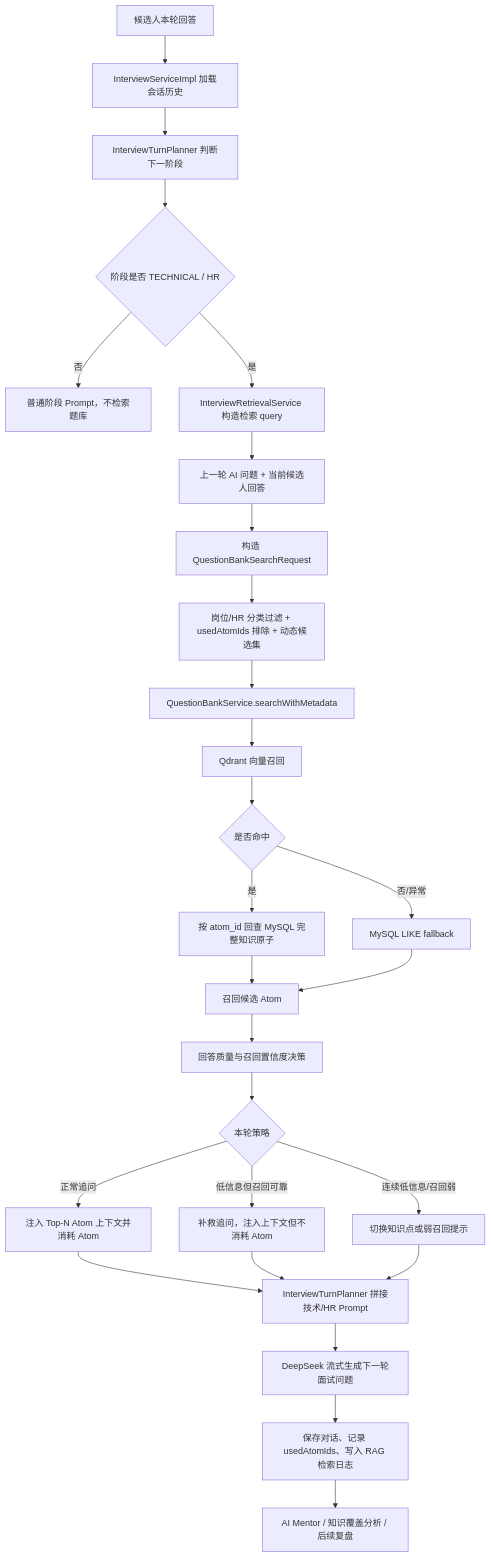
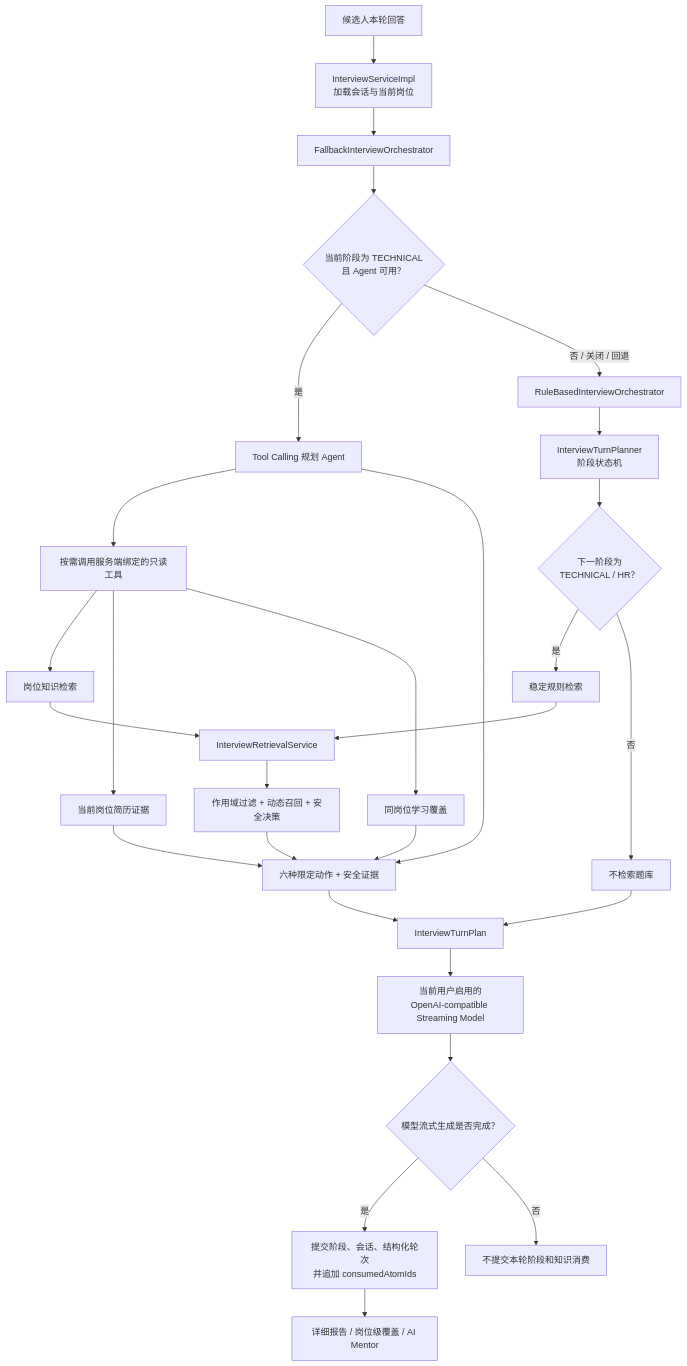
The first of 3 diagrams in docs/rag-chain-summary.md (nzy0510/AI-Interview), drawn with Mermaid before and after one commit. The commit also changed other lines of this file and 6 other files, not shown here.

Commit message:
docs: align RAG architecture and add editable diagram sources

````diff
--- a/docs/rag-chain-summary.md
+++ b/docs/rag-chain-summary.md
@@ -11,29 +13,33 @@
 ```mermaid
 flowchart TD
-    A["候选人本轮回答"] --> B["InterviewServiceImpl 加载会话历史"]
-    B --> C["InterviewTurnPlanner 判断下一阶段"]
-    C --> D{"阶段是否 TECHNICAL / HR"}
-    D -- "否" --> P["普通阶段 Prompt，不检索题库"]
-    D -- "是" --> E["InterviewRetrievalService 构造检索 query"]
-    E --> F["上一轮 AI 问题 + 当前候选人回答"]
-    F --> G["构造 QuestionBankSearchRequest"]
-    G --> H["岗位/HR 分类过滤 + usedAtomIds 排除 + 动态候选集"]
-    H --> I["QuestionBankService.searchWithMetadata"]
-    I --> J["Qdrant 向量召回"]
-    J --> K{"是否命中"}
-    K -- "是" --> L["按 atom_id 回查 MySQL 完整知识原子"]
-    K -- "否/异常" --> M["MySQL LIKE fallback"]
-    L --> N["召回候选 Atom"]
-    M --> N
-    N --> O["回答质量与召回置信度决策"]
-    O --> Q{"本轮策略"}
-    Q -- "正常追问" --> R["注入 Top-N Atom 上下文并消耗 Atom"]
-    Q -- "低信息但召回可靠" --> S["补救追问，注入上下文但不消耗 Atom"]
-    Q -- "连续低信息/召回弱" --> T["切换知识点或弱召回提示"]
-    R --> U["InterviewTurnPlanner 拼接技术/HR Prompt"]
-    S --> U
-    T --> U
-    U --> V["DeepSeek 流式生成下一轮面试问题"]
-    V --> W["保存对话、记录 usedAtomIds、写入 RAG 检索日志"]
-    W --> X["AI Mentor / 知识覆盖分析 / 后续复盘"]
+    A["候选人本轮回答"] --> B["InterviewServiceImpl<br/>加载会话与当前岗位"]
+    B --> C["FallbackInterviewOrchestrator"]
+    C --> D{"当前阶段为 TECHNICAL<br/>且 Agent 可用？"}
+
+    D -- "是" --> E["Tool Calling 规划 Agent"]
+    E --> F["按需调用服务端绑定的只读工具"]
+    F --> F1["岗位知识检索"]
+    F --> F2["当前岗位简历证据"]
+    F --> F3["同岗位学习覆盖"]
+    F2 --> G
+    F3 --> G
+    E --> G["六种限定动作 + 安全证据"]
+
+    D -- "否 / 关闭 / 回退" --> H["RuleBasedInterviewOrchestrator"]
+    H --> I["InterviewTurnPlanner<br/>阶段状态机"]
+    I --> J{"下一阶段为<br/>TECHNICAL / HR？"}
+    J -- "是" --> K["稳定规则检索"]
+    J -- "否" --> L["不检索题库"]
+
+    F1 --> M["InterviewRetrievalService"]
+    K --> M
+    M --> N["作用域过滤 + 动态召回 + 安全决策"]
+    N --> G
+    L --> O["InterviewTurnPlan"]
+    G --> O
+    O --> P["当前用户启用的<br/>OpenAI-compatible Streaming Model"]
+    P --> Q{"模型流式生成是否完成？"}
+    Q -- "是" --> R["提交阶段、会话、结构化轮次<br/>并追加 consumedAtomIds"]
+    Q -- "否" --> S["不提交本轮阶段和知识消费"]
+    R --> T["详细报告 / 岗位级覆盖 / AI Mentor"]
 ```
````
